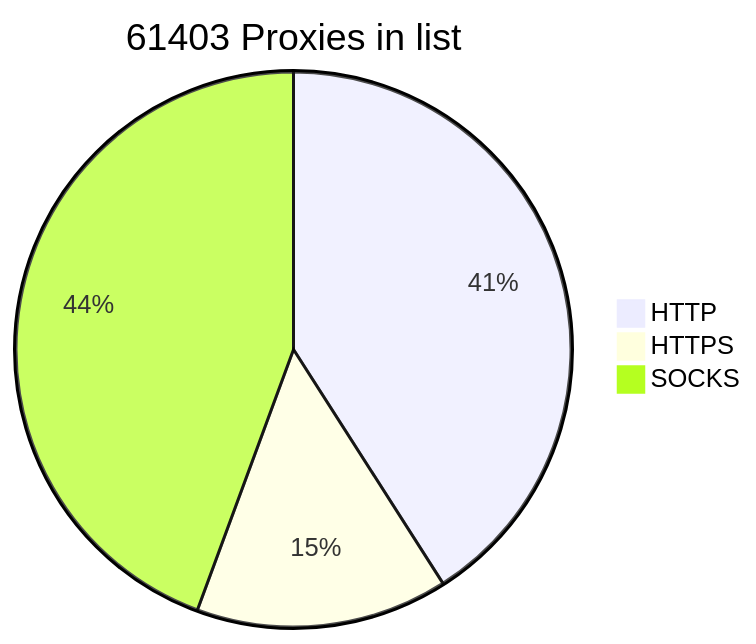
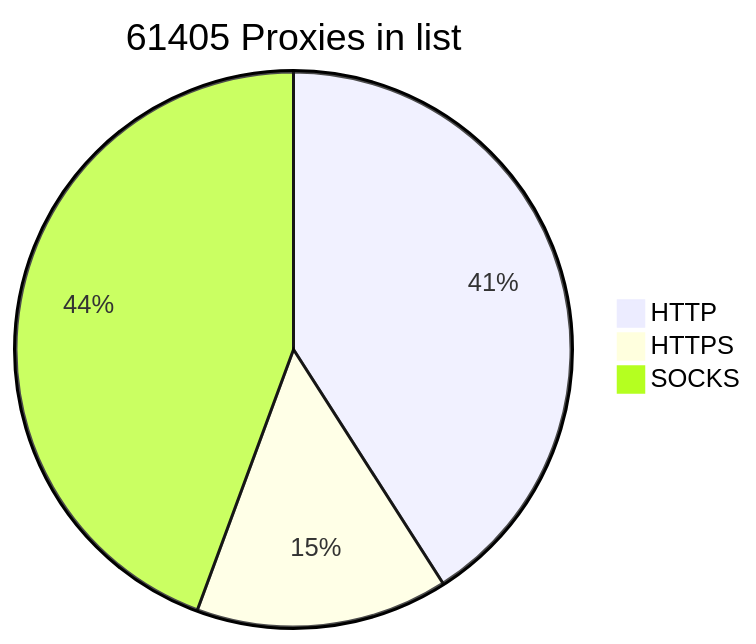
Before and after one commit to BlackSnowDot/proxylist-update-every-minute: the diagram in README.md, drawn with Mermaid.

````diff
--- a/README.md
+++ b/README.md
@@ -2,6 +2,6 @@
 ```mermaid
-pie title 61403 Proxies in list
-    "HTTP" : 28514
-    "HTTPS": 10219
+pie title 61405 Proxies in list
+    "HTTP" : 28515
+    "HTTPS": 10222
     "SOCKS" : 30900
 ```
````
